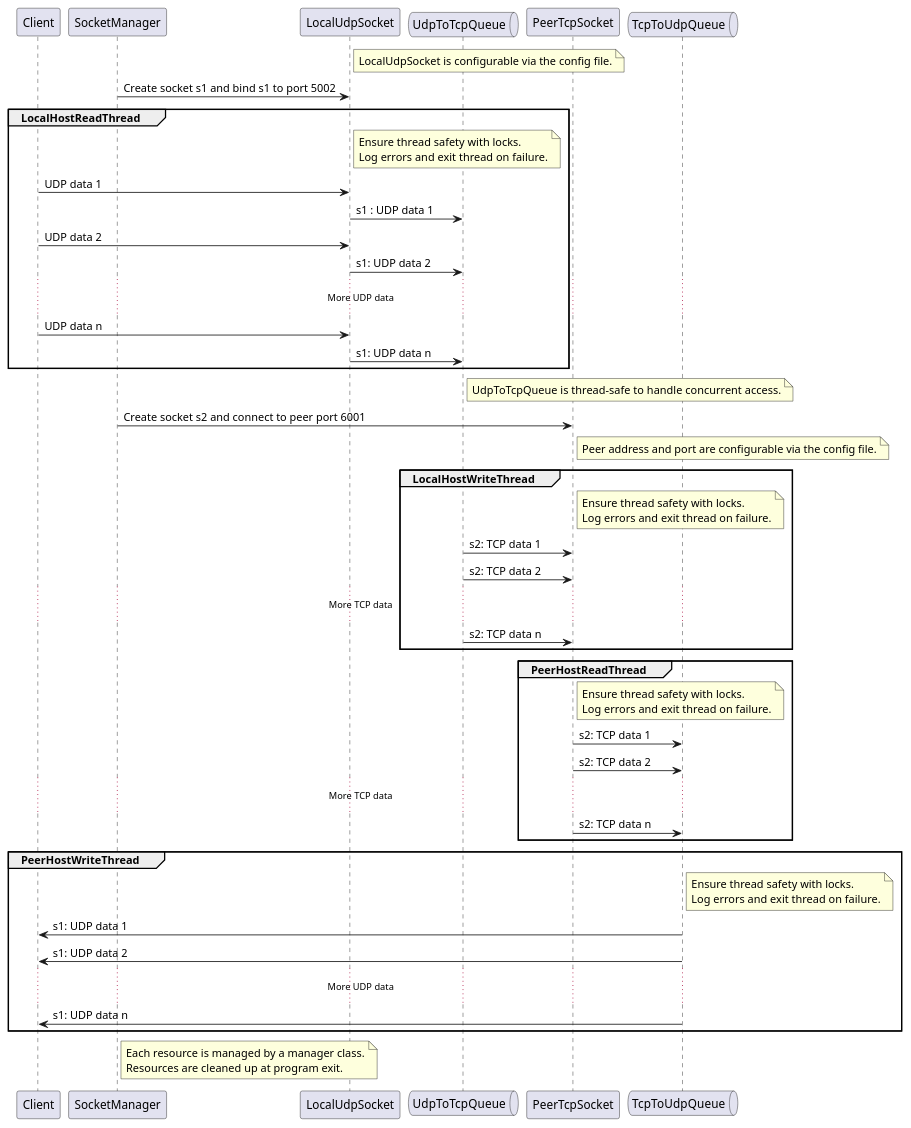
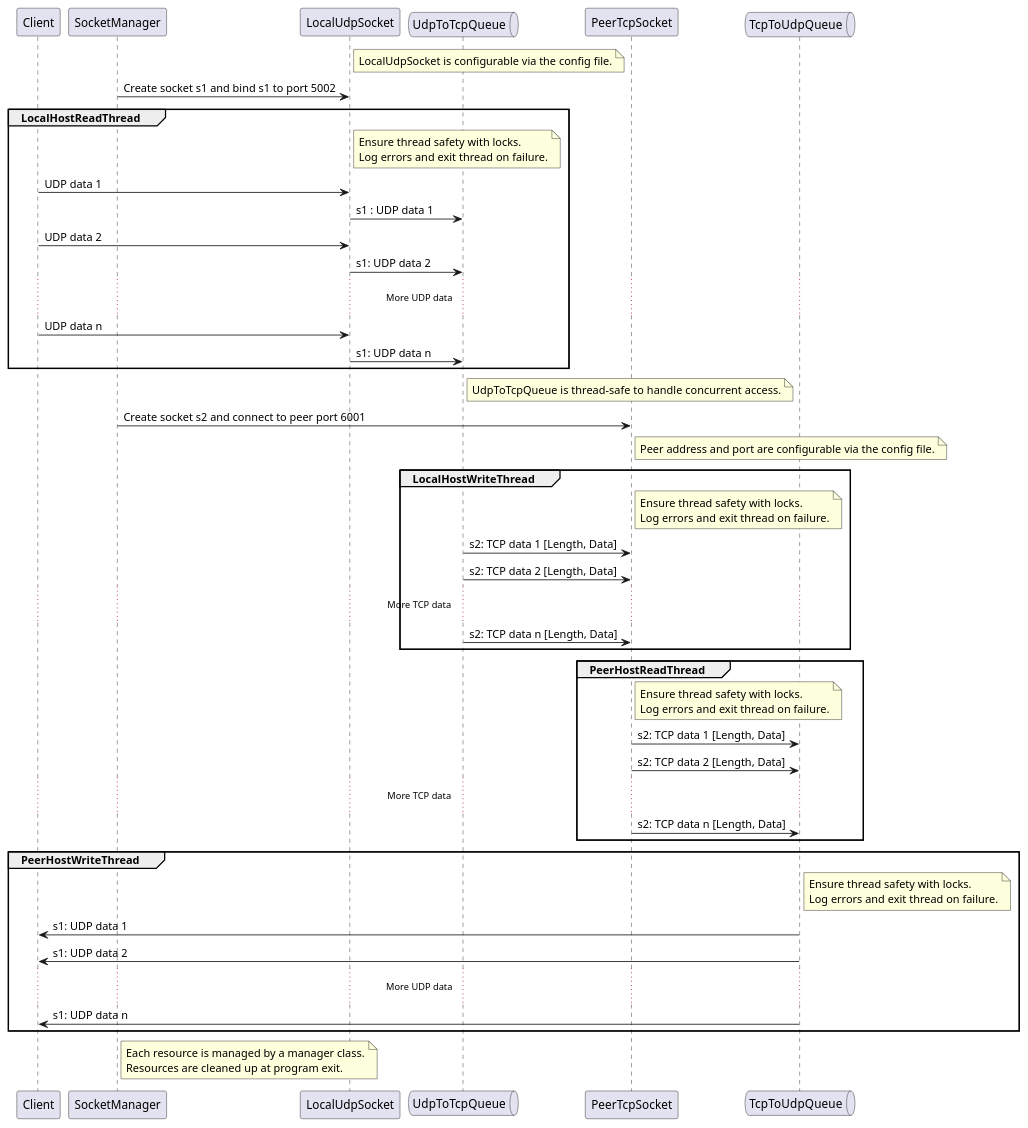
The first of 2 diagrams in doc/client.md (xiguichen/tcpudp), drawn with PlantUML before and after one commit. The commit also changed 21 other files, not shown here.

```diff
--- a/doc/client.md
+++ b/doc/client.md
@@ -16,78 +16,78 @@
 @startuml
 
 participant Client 
 participant SocketManager
 participant LocalUdpSocket
 queue UdpToTcpQueue
 participant PeerTcpSocket
 queue TcpToUdpQueue
 
 note right of LocalUdpSocket
   LocalUdpSocket is configurable via the config file.
 end note
 
 SocketManager -> LocalUdpSocket: Create socket s1 and bind s1 to port 5002
 
 group LocalHostReadThread
     note right of LocalUdpSocket
       Ensure thread safety with locks.
       Log errors and exit thread on failure.
     end note
     Client -> LocalUdpSocket : UDP data 1
     LocalUdpSocket -> UdpToTcpQueue: s1 : UDP data 1
     Client -> LocalUdpSocket : UDP data 2
     LocalUdpSocket -> UdpToTcpQueue: s1: UDP data 2
     ... More UDP data ...
     Client -> LocalUdpSocket : UDP data n
     LocalUdpSocket -> UdpToTcpQueue: s1: UDP data n
 end
 
 note right of UdpToTcpQueue
   UdpToTcpQueue is thread-safe to handle concurrent access.
 end note
 
 SocketManager -> PeerTcpSocket: Create socket s2 and connect to peer port 6001
 
 note right of PeerTcpSocket
   Peer address and port are configurable via the config file.
 end note
 
 group LocalHostWriteThread
     note right of PeerTcpSocket
       Ensure thread safety with locks.
       Log errors and exit thread on failure.
     end note
-    UdpToTcpQueue -> PeerTcpSocket: s2: TCP data 1
-    UdpToTcpQueue -> PeerTcpSocket: s2: TCP data 2
+    UdpToTcpQueue -> PeerTcpSocket: s2: TCP data 1 [Length, Data]
+    UdpToTcpQueue -> PeerTcpSocket: s2: TCP data 2 [Length, Data]
     ... More TCP data ...
-    UdpToTcpQueue -> PeerTcpSocket: s2: TCP data n
+    UdpToTcpQueue -> PeerTcpSocket: s2: TCP data n [Length, Data]
 end
 
 group PeerHostReadThread
     note right of PeerTcpSocket
       Ensure thread safety with locks.
       Log errors and exit thread on failure.
     end note
-    PeerTcpSocket -> TcpToUdpQueue: s2: TCP data 1
-    PeerTcpSocket -> TcpToUdpQueue: s2: TCP data 2
+    PeerTcpSocket -> TcpToUdpQueue: s2: TCP data 1 [Length, Data]
+    PeerTcpSocket -> TcpToUdpQueue: s2: TCP data 2 [Length, Data]
     ... More TCP data ...
-    PeerTcpSocket -> TcpToUdpQueue: s2: TCP data n
+    PeerTcpSocket -> TcpToUdpQueue: s2: TCP data n [Length, Data]
 end
 
 group PeerHostWriteThread
     note right of TcpToUdpQueue
       Ensure thread safety with locks.
       Log errors and exit thread on failure.
     end note
     TcpToUdpQueue -> Client: s1: UDP data 1
     TcpToUdpQueue -> Client: s1: UDP data 2
     ... More UDP data ...
     TcpToUdpQueue -> Client: s1: UDP data n
 end
 
 
 note right of SocketManager
   Each resource is managed by a manager class.
   Resources are cleaned up at program exit.
 end note
 @enduml
```
